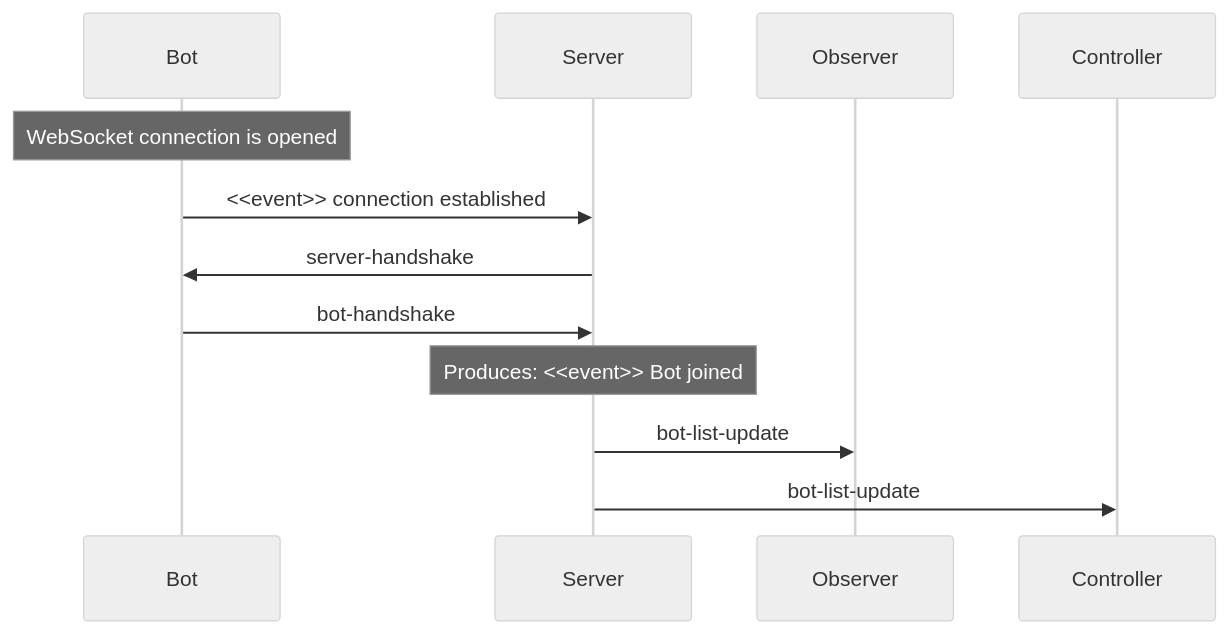
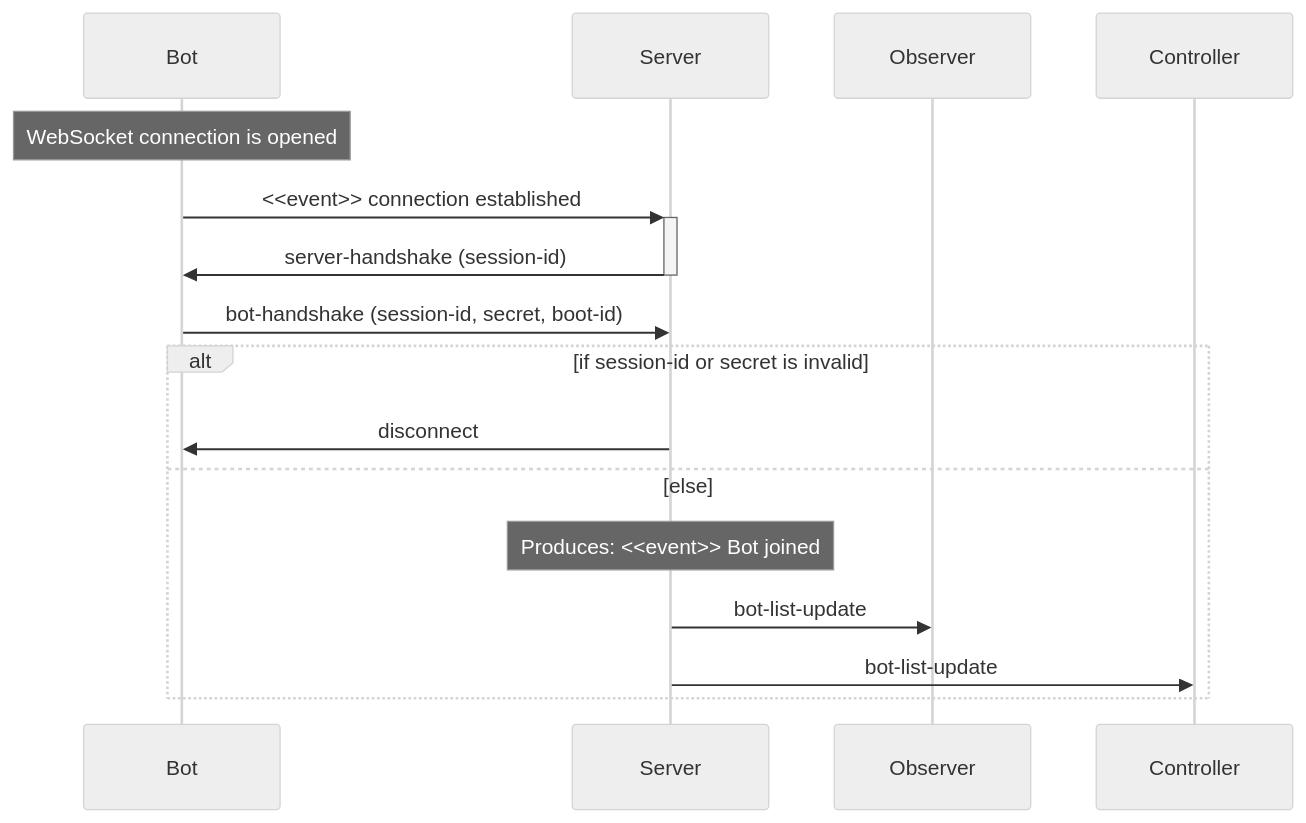
One commit to robocode-dev/tank-royale changed the first of 12 diagrams in schema/schemas/README.md. Above: the diagram before and after it, drawn with Mermaid (neutral theme). The commit also changed other lines of this file, not shown here.

Commit message:
Updated README.md for the schema.

````diff
--- a/schema/schemas/README.md
+++ b/schema/schemas/README.md
@@ -22,10 +22,14 @@
 ```mermaid
 sequenceDiagram
     Note over Bot: WebSocket connection is opened
-    Bot->>Server: <<event>> connection established
-    Server->>Bot: server-handshake
-    Bot->>Server: bot-handshake
-    Note over Server: Produces: <<event>> Bot joined
-    Server->>Observer: bot-list-update
-    Server->>Controller: bot-list-update
+    Bot->>+Server: <<event>> connection established
+    Server->>-Bot: server-handshake (session-id)
+    Bot->>Server: bot-handshake (session-id, secret, boot-id)
+    alt if session-id or secret is invalid
+        Server->>Bot: disconnect
+    else else
+        Note over Server: Produces: <<event>> Bot joined
+        Server->>Observer: bot-list-update
+        Server->>Controller: bot-list-update
+    end
 ```
````
